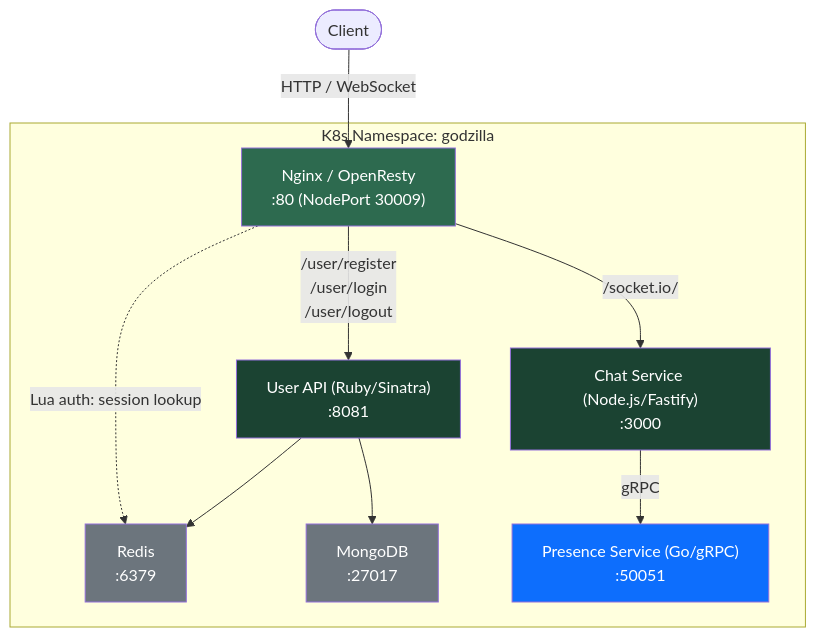
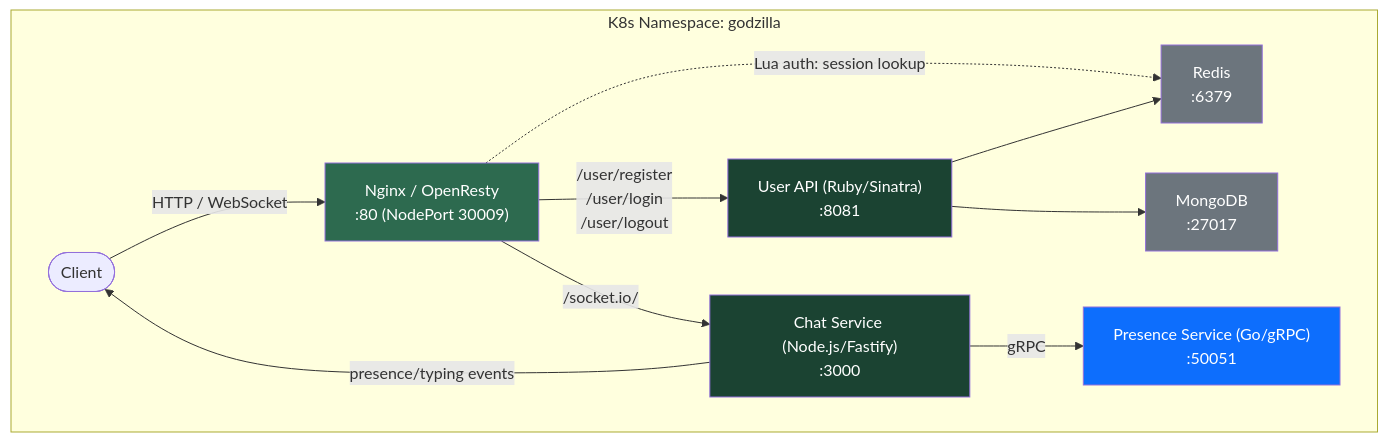
The first of 2 diagrams in README.md (adrienschuler/godzilla), drawn with Mermaid before and after one commit. The commit also changed 8 other files, not shown here.

````diff
--- a/README.md
+++ b/README.md
@@ -34,23 +34,24 @@
 ```mermaid
 graph TD
     Client([Client]) -->|HTTP / WebSocket| Gateway
 
     subgraph K8s Namespace: godzilla
         Gateway["Nginx / OpenResty<br>:80 (NodePort 30009)"]
 
         Gateway -->|/user/register<br>/user/login<br>/user/logout| UserAPI["User API (Ruby/Sinatra)<br>:8081"]
         Gateway -->|/socket.io/| Chat["Chat Service (Node.js/Fastify)<br>:3000"]
         Gateway -.->|Lua auth: session lookup| Redis
 
         UserAPI --> MongoDB["MongoDB<br>:27017"]
         UserAPI --> Redis["Redis<br>:6379"]
         Chat -->|gRPC| Presence["Presence Service (Go/gRPC)<br>:50051"]
+        Chat -->|presence/typing events| Client
     end
 
     style Gateway fill:#2d6a4f,color:#fff
     style UserAPI fill:#1b4332,color:#fff
     style Chat fill:#1b4332,color:#fff
     style Presence fill:#0d6efd,color:#fff
     style MongoDB fill:#6c757d,color:#fff
     style Redis fill:#6c757d,color:#fff
 ```
````
